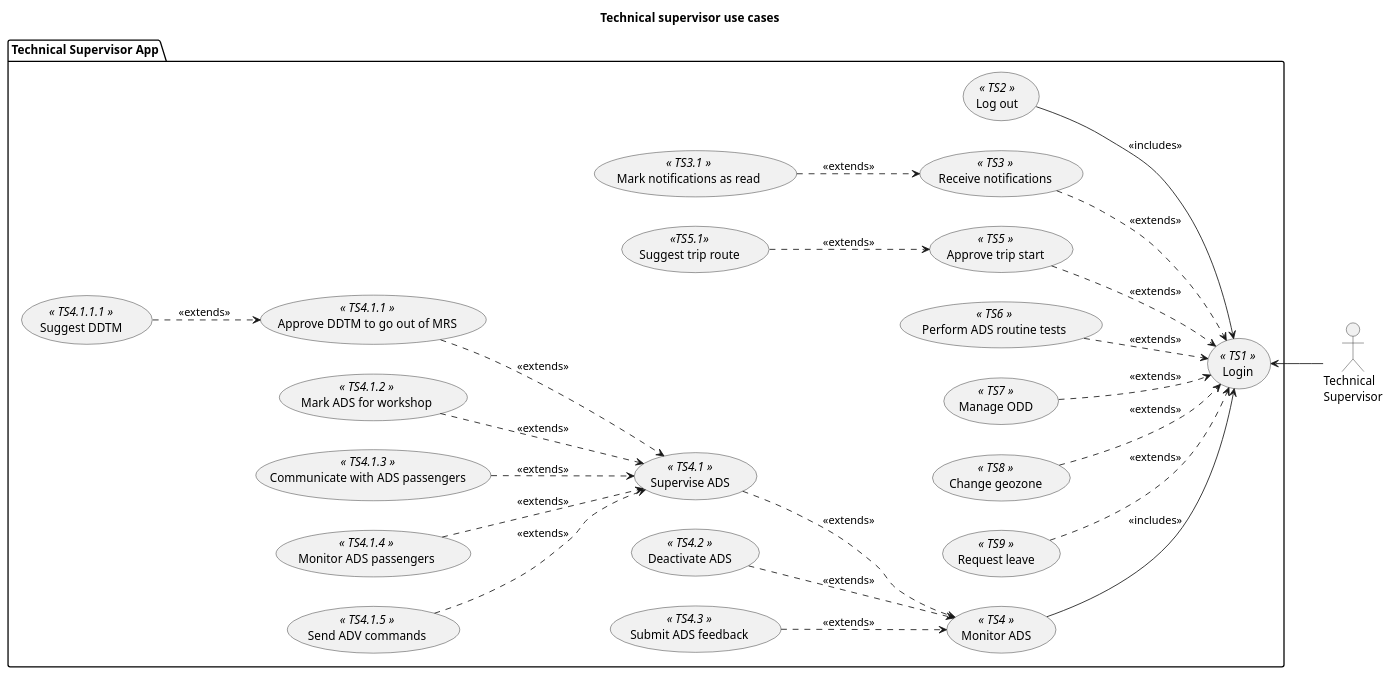
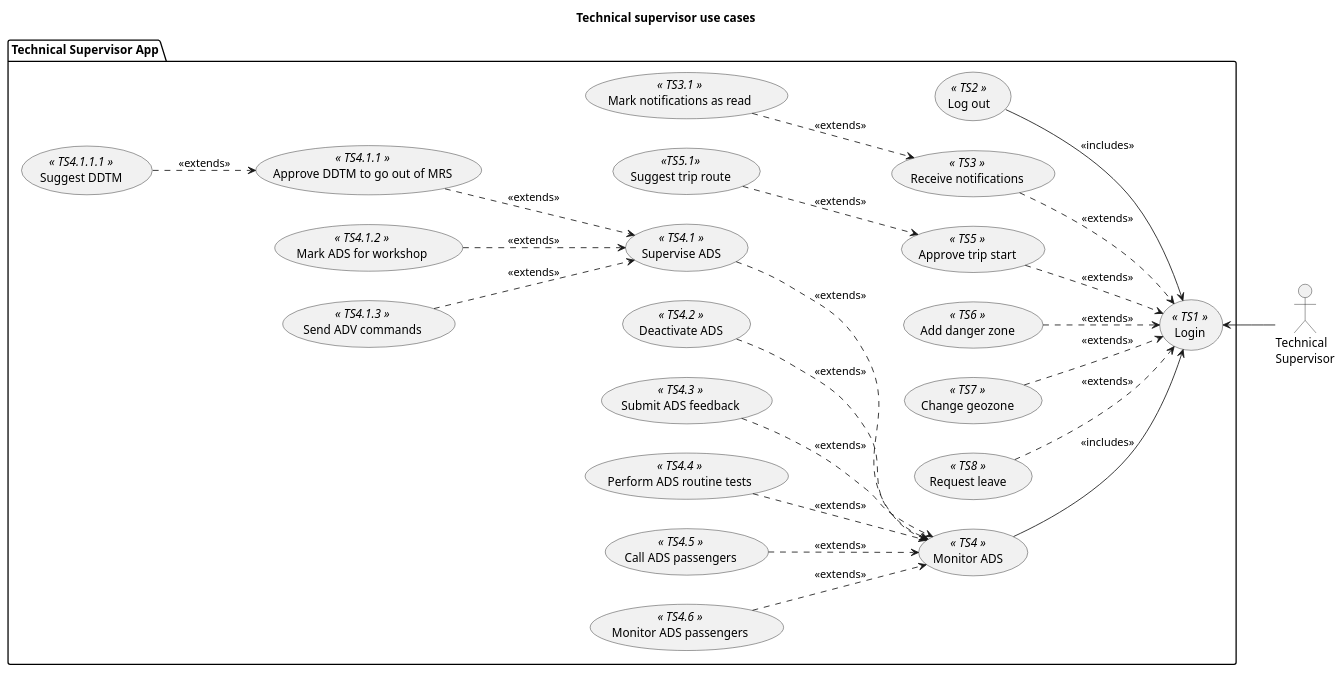
Before and after one commit to bruno-motorai/uml: the diagram in technical_supervisor/use_cases/use_cases_technical_supervisorv2.pu, drawn with PlantUML.

Commit message:
Update TS usecases

```diff
--- a/technical_supervisor/use_cases/use_cases_technical_supervisorv2.pu
+++ b/technical_supervisor/use_cases/use_cases_technical_supervisorv2.pu
@@ -1,60 +1,61 @@
 @startuml ts_use_cases
 title Technical supervisor use cases
 
 left to right direction
 
 actor :Technical\nSupervisor: as USER
 
 package "Technical Supervisor App" {
     usecase TS1 as (Login)<<  TS1  >>
     usecase TS2 as (Log out) <<  TS2  >>
     usecase TS3 as (Receive notifications) <<  TS3  >>
     usecase TS301 as (Mark notifications as read) <<  TS3.1  >>
 
     usecase TS4 as (Monitor ADS) <<  TS4  >>
     usecase TS401 as (Supervise ADS) <<  TS4.1  >>
     usecase TS5 as (Approve trip start) <<  TS5  >>
     usecase TS501 as (Suggest trip route) << TS5.1 >>
-    usecase TS6 as (Perform ADS routine tests) <<  TS6  >>
-    usecase TS7 as (Manage ODD) <<  TS7  >>
-    usecase TS8 as (Change geozone) <<  TS8  >>
-    usecase TS9 as (Request leave) <<  TS9  >>
+    usecase TS6 as (Add danger zone) <<  TS6  >>
+    usecase TS8 as (Change geozone) <<  TS7  >>
+    usecase TS9 as (Request leave) <<  TS8  >>
 
     ' Act
     usecase TS201 as (Approve DDTM to go out of MRS) <<  TS4.1.1  >>
     usecase TS20101 as (Suggest DDTM) <<  TS4.1.1.1  >>
     usecase TS203 as (Mark ADS for workshop) <<  TS4.1.2  >>
-    usecase TS204 as (Communicate with ADS passengers) <<  TS4.1.3  >>
-    usecase TS205 as (Monitor ADS passengers) <<  TS4.1.4  >>
-    usecase TS206 as (Send ADV commands) <<  TS4.1.5  >>
+    usecase TS206 as (Send ADV commands) <<  TS4.1.3  >>
     usecase TS207 as (Deactivate ADS) <<  TS4.2  >>
     usecase TS208 as (Submit ADS feedback) <<  TS4.3  >>  
+    usecase TS209 as (Perform ADS routine tests) <<  TS4.4  >>
+    usecase TS204 as (Call ADS passengers) <<  TS4.5  >>
+    usecase TS205 as (Monitor ADS passengers) <<  TS4.6  >>
+    
 }
 
 ' General use cases
 USER -up-> TS1
 
 ' Monitor
 TS2 --> TS1 : <<includes>>
 TS3 --> TS1 #line.dashed : <<extends>>
 TS301 --> TS3 #line.dashed : <<extends>>
 TS4 --> TS1 : <<includes>>
 TS5 --> TS1 #line.dashed : <<extends>>
 TS501 --> TS5 #line.dashed : <<extends>>
 TS6 --> TS1 #line.dashed : <<extends>>
-TS7 --> TS1 #line.dashed : <<extends>>
 TS8 --> TS1 #line.dashed : <<extends>>
 TS9 --> TS1 #line.dashed : <<extends>>
 TS401 --> TS4 #line.dashed : <<extends>>
 
 ' Act
 TS201 --> TS401 #line.dashed : <<extends>>
 TS203 --> TS401 #line.dashed : <<extends>>
-TS204 --> TS401 #line.dashed : <<extends>>
-TS205 --> TS401 #line.dashed : <<extends>>
+TS204 --> TS4 #line.dashed : <<extends>>
+TS205 --> TS4 #line.dashed : <<extends>>
 TS206 --> TS401 #line.dashed : <<extends>>
 TS207 --> TS4 #line.dashed : <<extends>>
 TS208 --> TS4 #line.dashed : <<extends>>
+TS209 --> TS4 #line.dashed : <<extends>>
 TS20101 --> TS201 #line.dashed : <<extends>>
 
 @enduml
```
